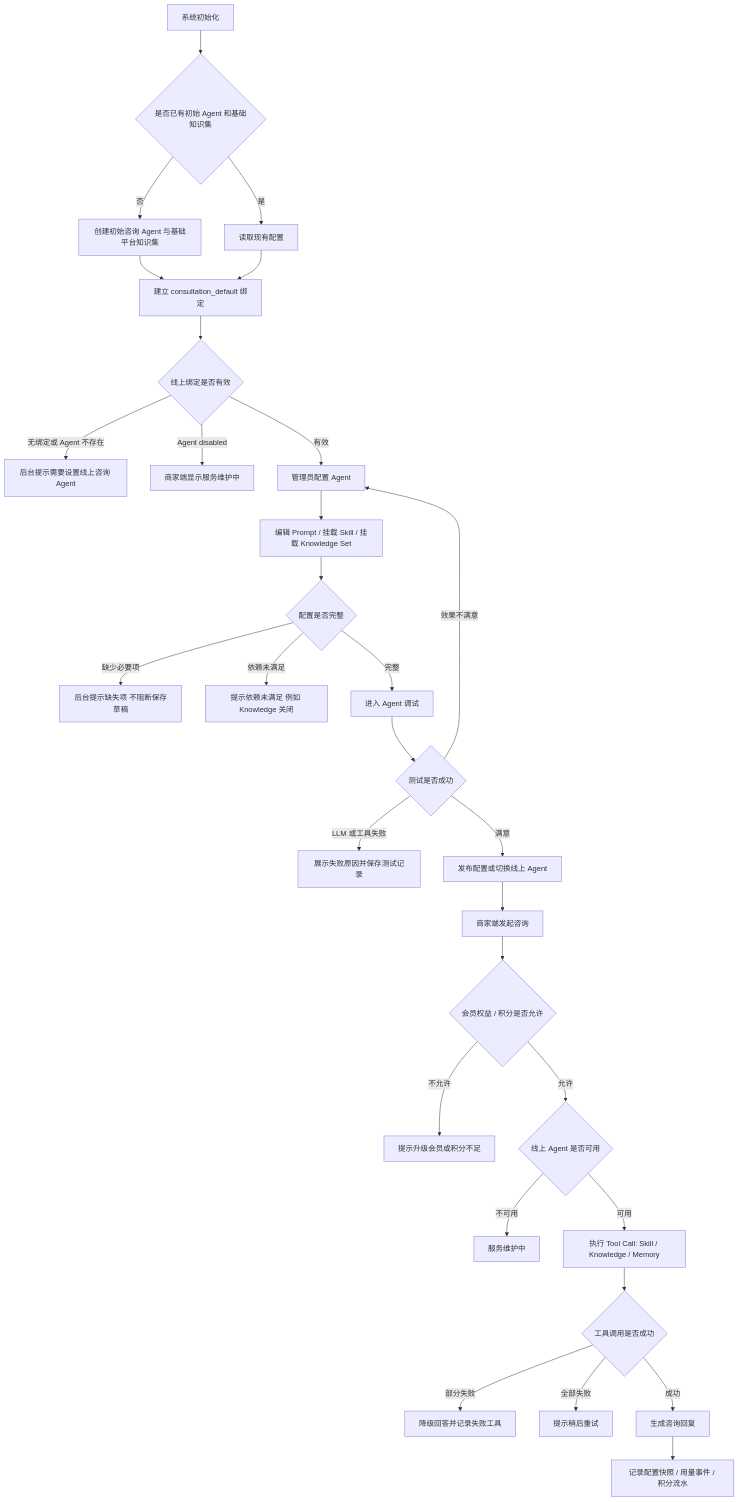
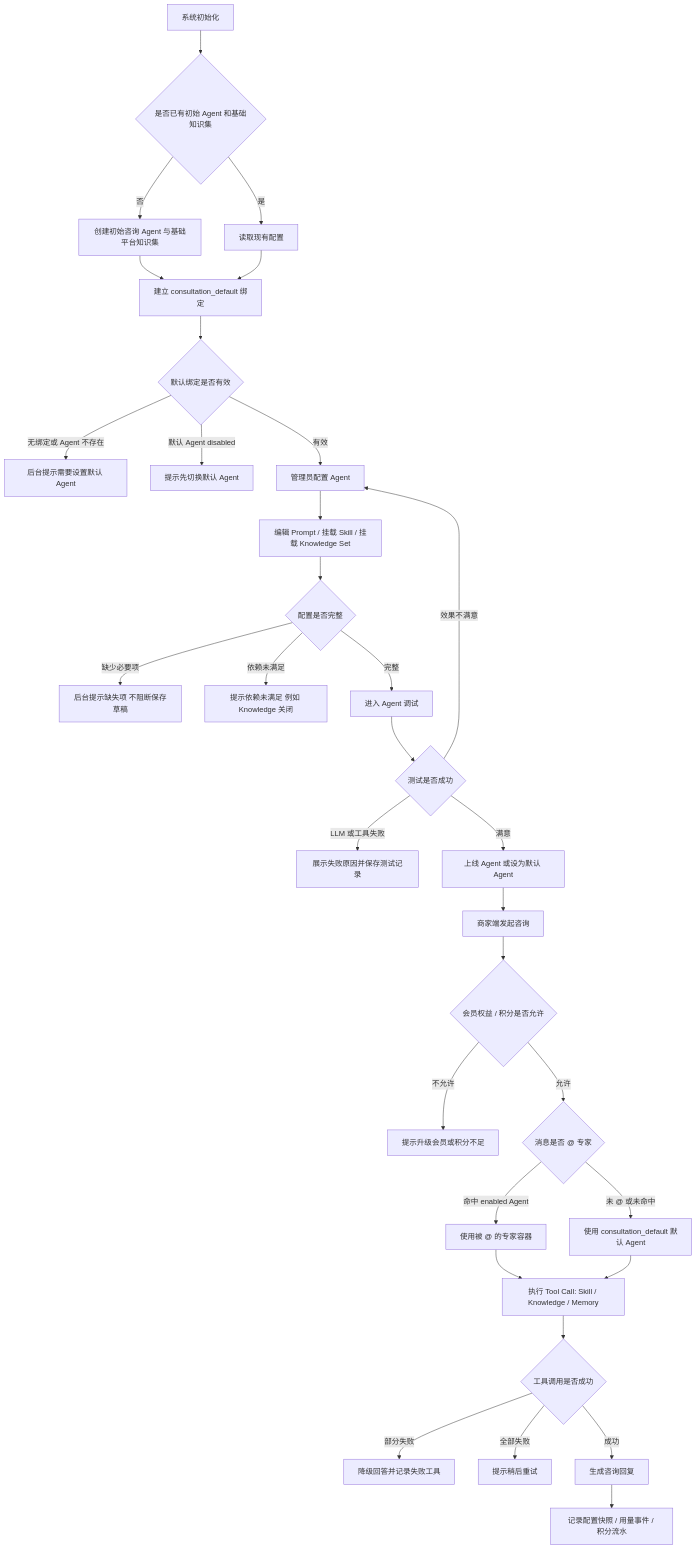
One commit to svmlearn/jingjing-aigc-platfrom changed the first of 5 diagrams in docs/产品文档/V2.2-咨询Agent控制台与能力资产管理PRD.md. Above: the diagram before and after it, drawn with Mermaid. The commit also changed other lines of this file and 46 other files, not shown here.

````diff
--- a/docs/产品文档/V2.2-咨询Agent控制台与能力资产管理PRD.md
+++ b/docs/产品文档/V2.2-咨询Agent控制台与能力资产管理PRD.md
@@ -111,36 +114,38 @@
 ```mermaid
 flowchart TD
   A[系统初始化] --> B{是否已有初始 Agent 和基础知识集}
   B -->|否| C[创建初始咨询 Agent 与基础平台知识集]
   B -->|是| D[读取现有配置]
   C --> E[建立 consultation_default 绑定]
   D --> E
 
-  E --> F{线上绑定是否有效}
-  F -->|无绑定或 Agent 不存在| F1[后台提示需要设置线上咨询 Agent]
-  F -->|Agent disabled| F2[商家端显示服务维护中]
+  E --> F{默认绑定是否有效}
+  F -->|无绑定或 Agent 不存在| F1[后台提示需要设置默认 Agent]
+  F -->|默认 Agent disabled| F2[提示先切换默认 Agent]
   F -->|有效| G[管理员配置 Agent]
 
   G --> H[编辑 Prompt / 挂载 Skill / 挂载 Knowledge Set]
   H --> I{配置是否完整}
   I -->|缺少必要项| I1[后台提示缺失项 不阻断保存草稿]
   I -->|依赖未满足| I2[提示依赖未满足 例如 Knowledge 关闭]
   I -->|完整| J[进入 Agent 调试]
 
   J --> K{测试是否成功}
   K -->|LLM 或工具失败| K1[展示失败原因并保存测试记录]
   K -->|效果不满意| G
-  K -->|满意| L[发布配置或切换线上 Agent]
+  K -->|满意| L[上线 Agent 或设为默认 Agent]
 
   L --> M[商家端发起咨询]
   M --> N{会员权益 / 积分是否允许}
   N -->|不允许| N1[提示升级会员或积分不足]
-  N -->|允许| O{线上 Agent 是否可用}
-  O -->|不可用| O1[服务维护中]
-  O -->|可用| P[执行 Tool Call: Skill / Knowledge / Memory]
+  N -->|允许| O{消息是否 @ 专家}
+  O -->|命中 enabled Agent| O2[使用被 @ 的专家容器]
+  O -->|未 @ 或未命中| O3[使用 consultation_default 默认 Agent]
+  O2 --> P[执行 Tool Call: Skill / Knowledge / Memory]
+  O3 --> P
   P --> Q{工具调用是否成功}
   Q -->|部分失败| Q1[降级回答并记录失败工具]
   Q -->|全部失败| Q2[提示稍后重试]
   Q -->|成功| R[生成咨询回复]
   R --> S[记录配置快照 / 用量事件 / 积分流水]
 ```
````
